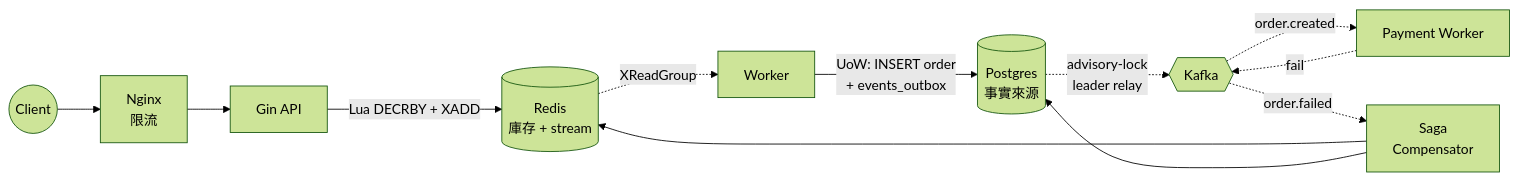
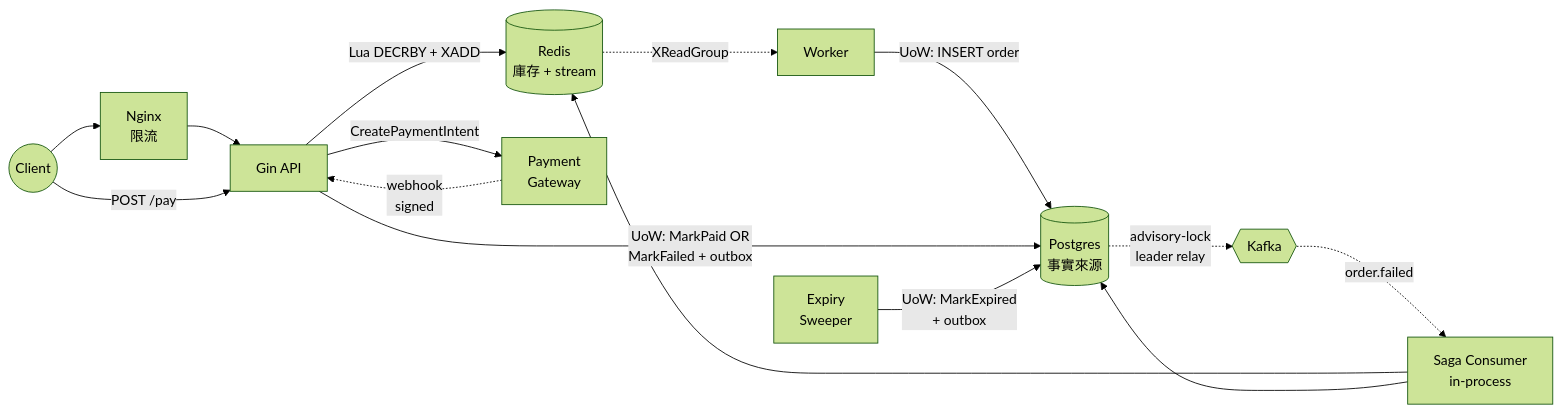
The first of 6 diagrams in README.zh-TW.md (Leon180/booking_monitor), drawn with Mermaid (forest theme) before and after one commit. The commit also changed other lines of this file and 57 other files, not shown here.

````diff
--- a/README.zh-TW.md
+++ b/README.zh-TW.md
@@ -11,14 +11,17 @@
 ```mermaid
 flowchart LR
     Client((Client)) --> Nginx[Nginx<br/>限流]
     Nginx --> API[Gin API]
     API -->|Lua DECRBY + XADD| Redis[(Redis<br/>庫存 + stream)]
     Redis -.->|XReadGroup| Worker
-    Worker -->|UoW: INSERT order<br/>+ events_outbox| PG[(Postgres<br/>事實來源)]
+    Worker -->|UoW: INSERT order| PG[(Postgres<br/>事實來源)]
+    Client -->|POST /pay| API
+    API -->|CreatePaymentIntent| Gateway[Payment<br/>Gateway]
+    Gateway -.->|webhook<br/>signed| API
+    API -->|UoW: MarkPaid OR<br/>MarkFailed + outbox| PG
+    Sweeper[Expiry<br/>Sweeper] -->|UoW: MarkExpired<br/>+ outbox| PG
     PG -.->|advisory-lock<br/>leader relay| Kafka{{Kafka}}
-    Kafka -.->|order.created| Payment[Payment Worker]
-    Payment -.->|fail| Kafka
-    Kafka -.->|order.failed| Saga[Saga<br/>Compensator]
+    Kafka -.->|order.failed| Saga[Saga Consumer<br/>in-process]
     Saga --> Redis
     Saga --> PG
 ```
````
